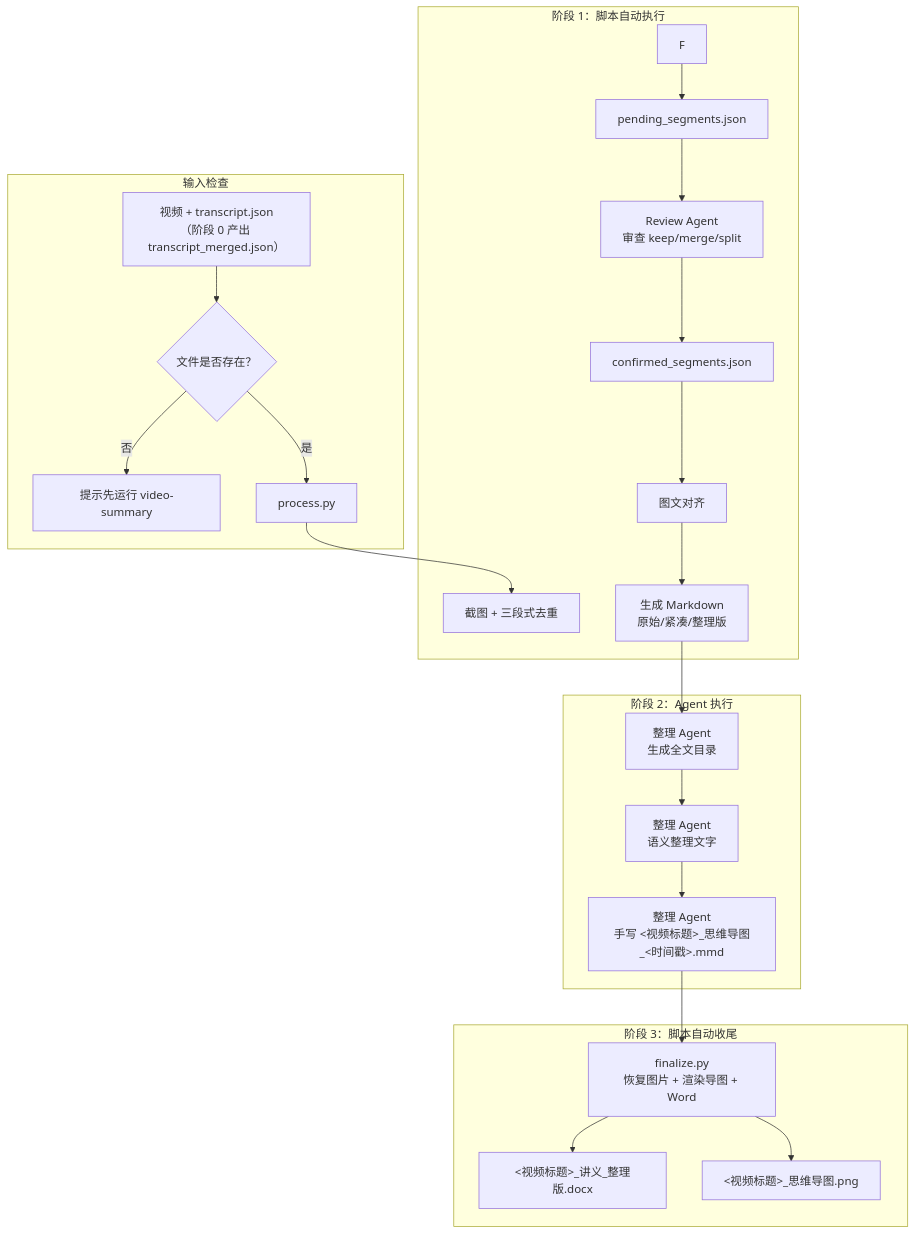
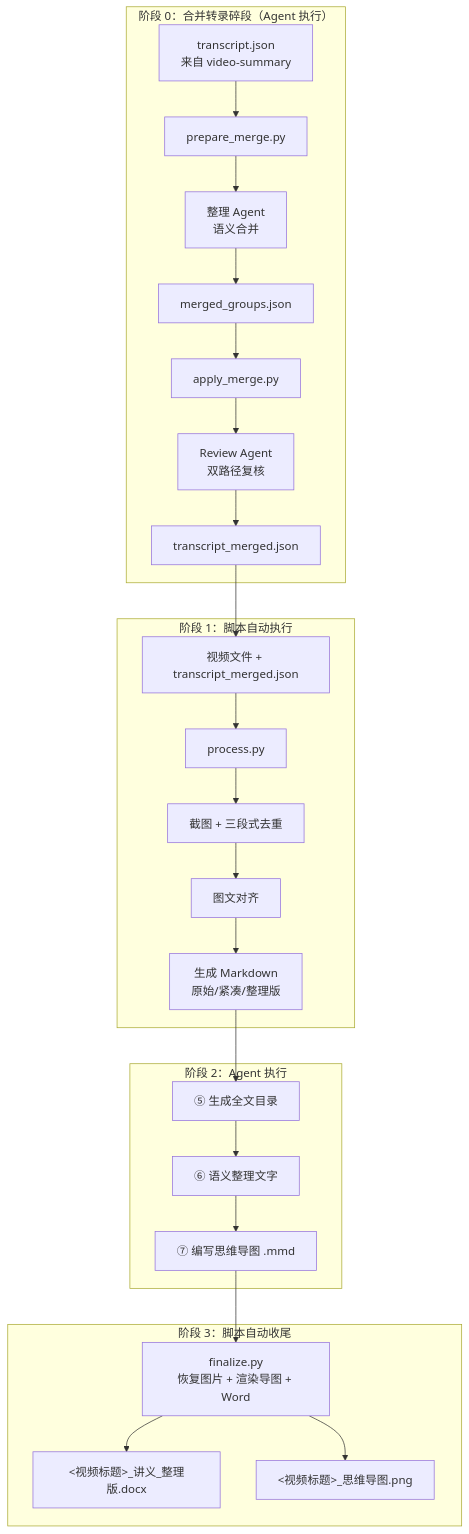
Before and after one commit to jarvislee90s-dot/VideoToDoc-skills: the second of 2 diagrams in .agents/skills/video-to-slides/SKILL.md, drawn with Mermaid. The commit also changed other lines of this file and 3 other files, not shown here.

````diff
--- a/.agents/skills/video-to-slides/SKILL.md
+++ b/.agents/skills/video-to-slides/SKILL.md
@@ -73,29 +74,32 @@
 ```mermaid
 flowchart TB
-    subgraph input ["输入检查"]
-        A[视频 + transcript.json<br/>（阶段 0 产出 transcript_merged.json）] --> B{文件是否存在？}
-        B -- 否 --> C[提示先运行 video-summary]
-        B -- 是 --> D[process.py]
+    subgraph stage0 ["阶段 0：合并转录碎段（Agent 执行）"]
+        A0[transcript.json<br/>来自 video-summary] --> B0[prepare_merge.py]
+        B0 --> C0[整理 Agent<br/>语义合并]
+        C0 --> D0[merged_groups.json]
+        D0 --> E0[apply_merge.py]
+        E0 --> F0[Review Agent<br/>双路径复核]
+        F0 --> G0[transcript_merged.json]
     end
 
-    subgraph p1 ["阶段 1：脚本自动执行"]
-        D --> E[截图 + 三段式去重]
-        F --> G[pending_segments.json]
-        G --> H[Review Agent<br/>审查 keep/merge/split]
-        H --> I[confirmed_segments.json]
-        I --> J[图文对齐]
-        J --> K[生成 Markdown<br/>原始/紧凑/整理版]
+    G0 --> A1[视频文件 + transcript_merged.json]
+
+    subgraph stage1 ["阶段 1：脚本自动执行"]
+        A1 --> B1[process.py]
+        B1 --> C1[截图 + 三段式去重]
+        C1 --> D1[图文对齐]
+        D1 --> E1[生成 Markdown<br/>原始/紧凑/整理版]
     end
 
-    subgraph p2 ["阶段 2：Agent 执行"]
-        K --> L[整理 Agent<br/>生成全文目录]
-        L --> M[整理 Agent<br/>语义整理文字]
-        M --> N[整理 Agent<br/>手写 <视频标题>_思维导图_<时间戳>.mmd]
+    subgraph stage2 ["阶段 2：Agent 执行"]
+        E1 --> F2[⑤ 生成全文目录]
+        F2 --> G2[⑥ 语义整理文字]
+        G2 --> H2[⑦ 编写思维导图 .mmd]
     end
 
-    subgraph p3 ["阶段 3：脚本自动收尾"]
-        N --> O[finalize.py<br/>恢复图片 + 渲染导图 + Word]
-        O --> Q[<视频标题>_讲义_整理版.docx]
-        O --> R[<视频标题>_思维导图.png]
+    subgraph stage3 ["阶段 3：脚本自动收尾"]
+        H2 --> I3[finalize.py<br/>恢复图片 + 渲染导图 + Word]
+        I3 --> J3[<视频标题>_讲义_整理版.docx]
+        I3 --> K3[<视频标题>_思维导图.png]
     end
 ```
````
